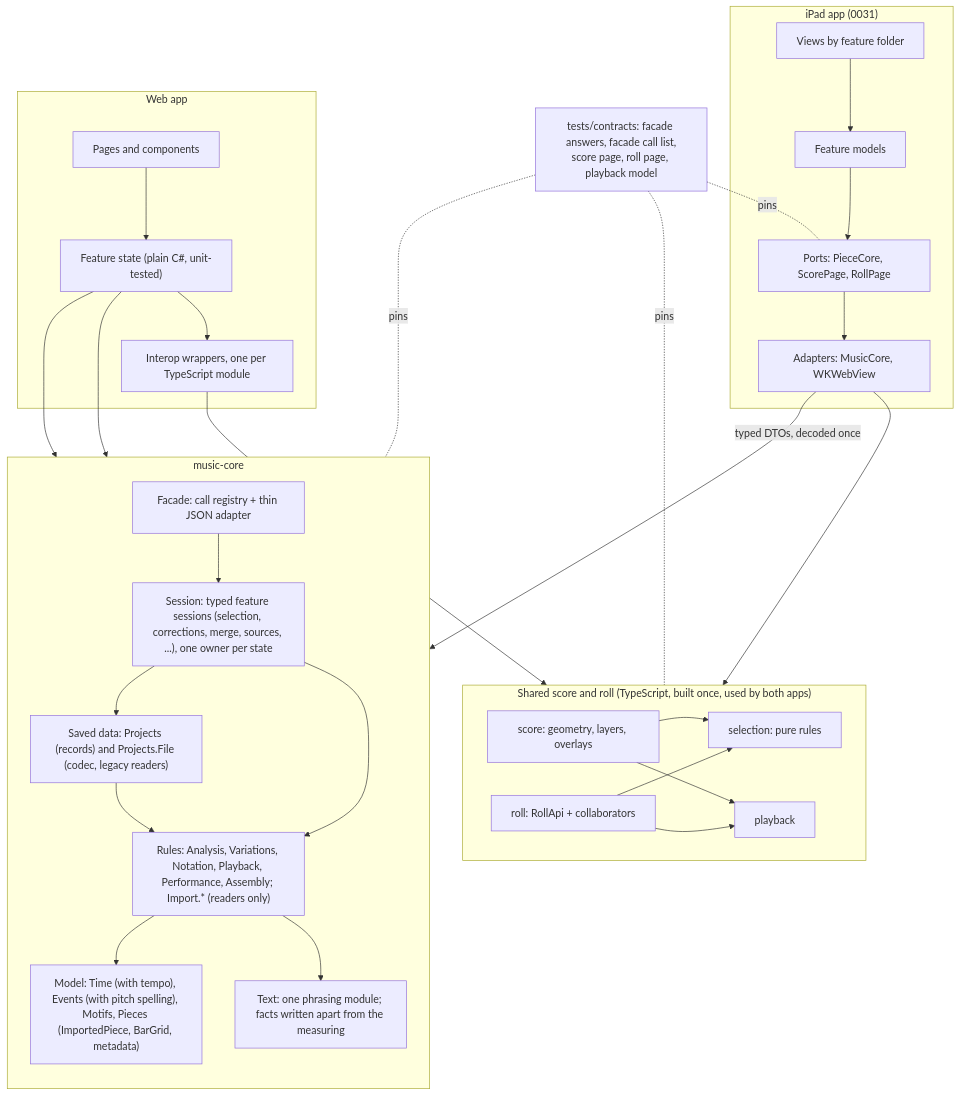
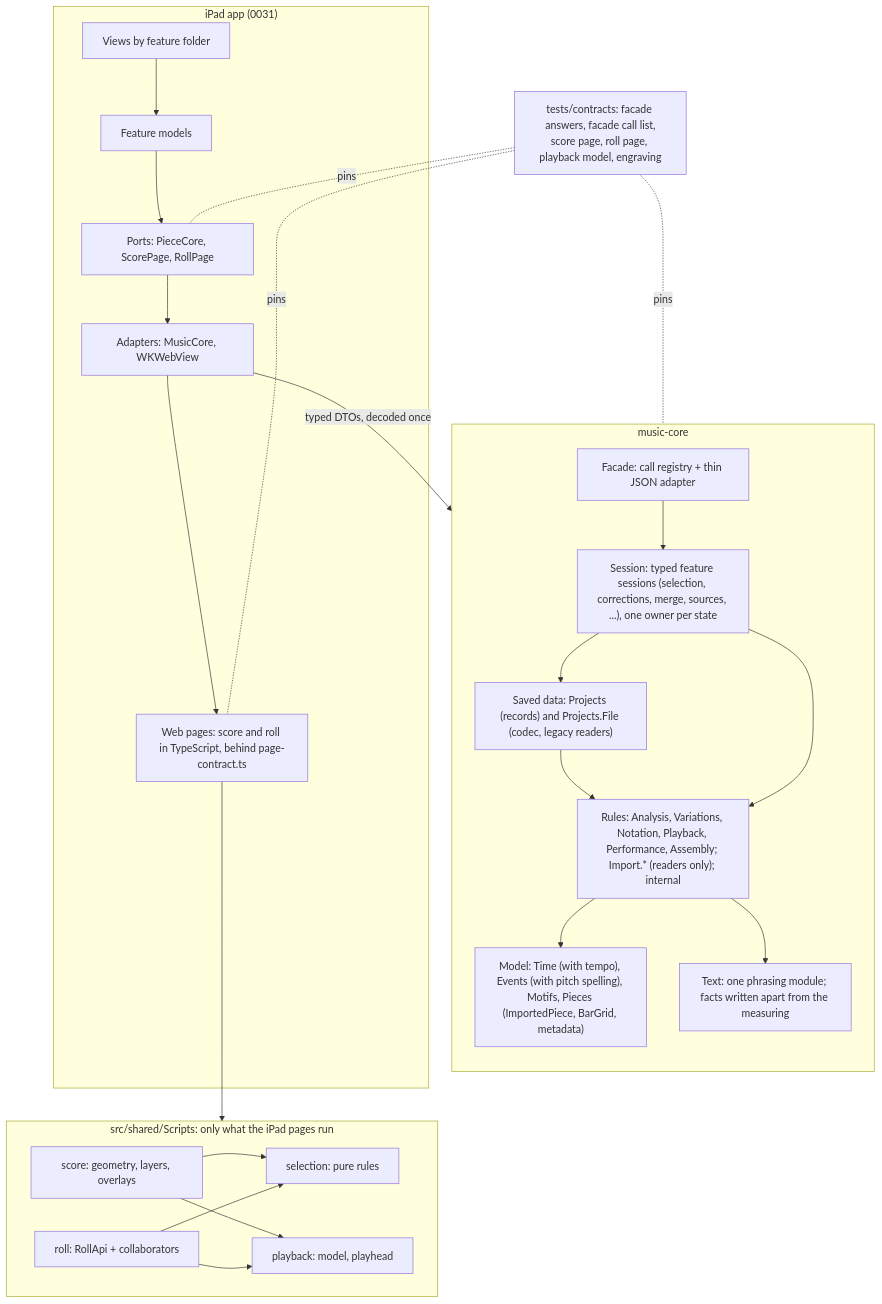
The third of 3 diagrams in docs/REFACTORING_AUDIT.md (andreykukalev/motiff-lab), drawn with Mermaid before and after one commit. The commit also changed other lines of this file, not shown here.

First line of the commit message:
Refactoring audit, second edition: refreshed for iPad-first and the new layout

````diff
--- a/docs/REFACTORING_AUDIT.md
+++ b/docs/REFACTORING_AUDIT.md
@@ -214,45 +273,39 @@
 ```mermaid
 flowchart TB
   subgraph CORE["music-core"]
     direction TB
     L1["Model: Time (with tempo), Events (with pitch spelling), Motifs, Pieces (ImportedPiece, BarGrid, metadata)"]
-    L2["Rules: Analysis, Variations, Notation, Playback, Performance, Assembly; Import.* (readers only)"]
+    L2["Rules: Analysis, Variations, Notation, Playback, Performance, Assembly; Import.* (readers only); internal"]
     L3["Text: one phrasing module; facts written apart from the measuring"]
     L4["Saved data: Projects (records) and Projects.File (codec, legacy readers)"]
     L5["Session: typed feature sessions (selection, corrections, merge, sources, ...), one owner per state"]
     L6["Facade: call registry + thin JSON adapter"]
     L6 --> L5 --> L4 --> L2 --> L1
     L5 --> L2
     L2 --> L3
   end
 
-  CT["tests/contracts: facade answers, facade call list,<br/>score page, roll page, playback model"]
+  CT["tests/contracts: facade answers, facade call list,<br/>score page, roll page, playback model, engraving"]
 
-  subgraph SHARED["Shared score and roll (TypeScript, built once, used by both apps)"]
+  subgraph SHARED["src/shared/Scripts: only what the iPad pages run"]
     SEL["selection: pure rules"]
     SCO["score: geometry, layers, overlays"]
     ROL["roll: RollApi + collaborators"]
-    PBK["playback"]
+    PBK["playback: model, playhead"]
     SCO --> SEL
     ROL --> SEL
     SCO --> PBK
     ROL --> PBK
   end
 
   subgraph IPAD["iPad app (0031)"]
     IV["Views by feature folder"] --> IM["Feature models"] --> IP["Ports: PieceCore, ScorePage, RollPage"] --> IA["Adapters: MusicCore, WKWebView"]
-  end
-
-  subgraph WEB["Web app"]
-    WV["Pages and components"] --> WS["Feature state (plain C#, unit-tested)"] --> WP["Interop wrappers, one per TypeScript module"]
+    PG["Web pages: score and roll in TypeScript, behind page-contract.ts"]
   end
 
   IA -- "typed DTOs, decoded once" --> L6
-  WS --> L5
-  WS --> L2
-  IA --> SHARED
-  WP --> SHARED
+  IA --> PG --> SHARED
   CT -. "pins" .- L6
   CT -. "pins" .- IP
-  CT -. "pins" .- SHARED
+  CT -. "pins" .- PG
 ```
````
